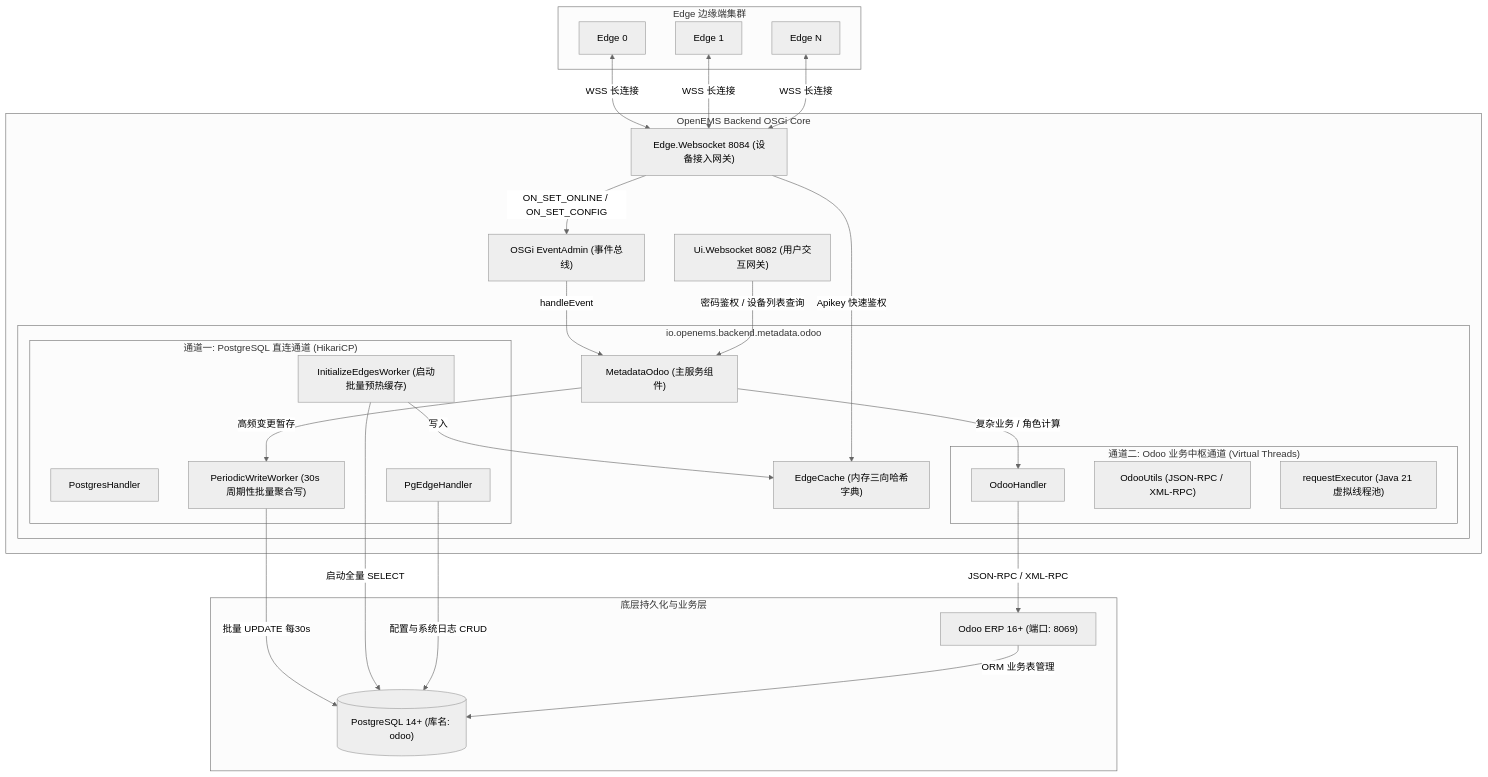
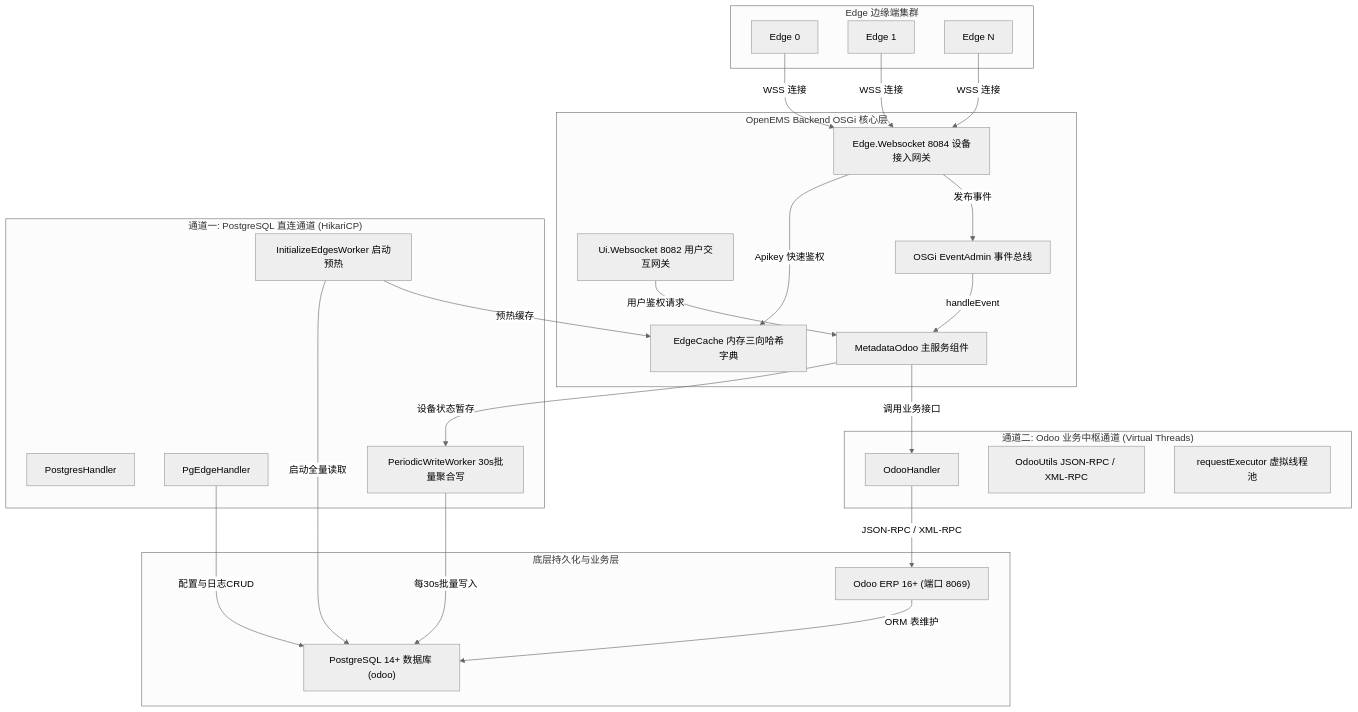
The first of 2 diagrams in docs/metadata_odoo_architecture_and_data_flow.md (duanshuaimin/openems), drawn with Mermaid (neutral theme) before and after one commit. The commit also changed other lines of this file, not shown here.

Commit message:
docs: flatten subgraphs to fix mermaid rich display rendering

````diff
--- a/docs/metadata_odoo_architecture_and_data_flow.md
+++ b/docs/metadata_odoo_architecture_and_data_flow.md
@@ -13,55 +13,53 @@
 ```mermaid
 flowchart TD
     subgraph EdgeDevices["Edge 边缘端集群"]
         E0["Edge 0"]
         E1["Edge 1"]
         En["Edge N"]
     end
 
-    subgraph BackendCore["OpenEMS Backend OSGi Core"]
-        EWS["Edge.Websocket 8084 (设备接入网关)"]
-        UWS["Ui.Websocket 8082 (用户交互网关)"]
-        EAdmin["OSGi EventAdmin (事件总线)"]
-        
-        subgraph MetadataOdoo["io.openems.backend.metadata.odoo"]
-            MO["MetadataOdoo (主服务组件)"]
-            EC["EdgeCache (内存三向哈希字典)"]
-            
-            subgraph ChannelPG["通道一: PostgreSQL 直连通道 (HikariCP)"]
-                PGH["PostgresHandler"]
-                PEH["PgEdgeHandler"]
-                IEW["InitializeEdgesWorker (启动批量预热缓存)"]
-                PWW["PeriodicWriteWorker (30s 周期性批量聚合写)"]
-            end
-            
-            subgraph ChannelOdoo["通道二: Odoo 业务中枢通道 (Virtual Threads)"]
-                OH["OdooHandler"]
-                OU["OdooUtils (JSON-RPC / XML-RPC)"]
-                ReqExec["requestExecutor (Java 21 虚拟线程池)"]
-            end
-        end
+    subgraph BackendCore["OpenEMS Backend OSGi 核心层"]
+        EWS["Edge.Websocket 8084 设备接入网关"]
+        UWS["Ui.Websocket 8082 用户交互网关"]
+        EAdmin["OSGi EventAdmin 事件总线"]
+        MO["MetadataOdoo 主服务组件"]
+        EC["EdgeCache 内存三向哈希字典"]
     end
 
-    subgraph DataStorage["底层持久化与业务层"]
-        PG[("PostgreSQL 14+ (库名: odoo)")]
-        ODOO["Odoo ERP 16+ (端口: 8069)"]
+    subgraph ChannelPG["通道一: PostgreSQL 直连通道 (HikariCP)"]
+        PGH["PostgresHandler"]
+        PEH["PgEdgeHandler"]
+        IEW["InitializeEdgesWorker 启动预热"]
+        PWW["PeriodicWriteWorker 30s批量聚合写"]
     end
 
-    E0 <-->|WSS 长连接| EWS
-    E1 <-->|WSS 长连接| EWS
-    En <-->|WSS 长连接| EWS
+    subgraph ChannelOdoo["通道二: Odoo 业务中枢通道 (Virtual Threads)"]
+        OH["OdooHandler"]
+        OU["OdooUtils JSON-RPC / XML-RPC"]
+        ReqExec["requestExecutor 虚拟线程池"]
+    end
+
+    subgraph StorageLayer["底层持久化与业务层"]
+        PG["PostgreSQL 14+ 数据库 (odoo)"]
+        ODOO["Odoo ERP 16+ (端口 8069)"]
+    end
+
+    E0 -->|WSS 连接| EWS
+    E1 -->|WSS 连接| EWS
+    En -->|WSS 连接| EWS
+
     EWS -->|Apikey 快速鉴权| EC
-    EWS -->|ON_SET_ONLINE / ON_SET_CONFIG| EAdmin
+    EWS -->|发布事件| EAdmin
     EAdmin -->|handleEvent| MO
-    
-    MO -->|高频变更暂存| PWW
-    PWW -->|批量 UPDATE 每30s| PG
-    IEW -->|启动全量 SELECT| PG
-    IEW -->|写入| EC
-    PEH -->|配置与系统日志 CRUD| PG
-    
-    UWS -->|密码鉴权 / 设备列表查询| MO
-    MO -->|复杂业务 / 角色计算| OH
+
+    MO -->|设备状态暂存| PWW
+    PWW -->|每30s批量写入| PG
+    IEW -->|启动全量读取| PG
+    IEW -->|预热缓存| EC
+    PEH -->|配置与日志CRUD| PG
+
+    UWS -->|用户鉴权请求| MO
+    MO -->|调用业务接口| OH
     OH -->|JSON-RPC / XML-RPC| ODOO
-    ODOO -->|ORM 业务表管理| PG
+    ODOO -->|ORM 表维护| PG
 ```
````
